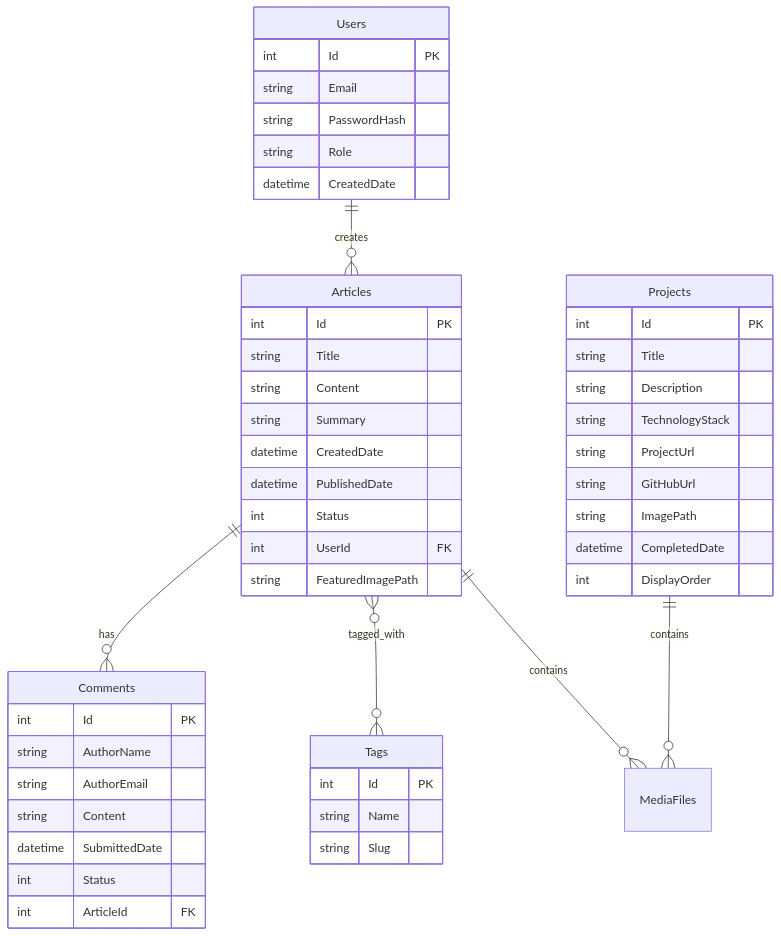
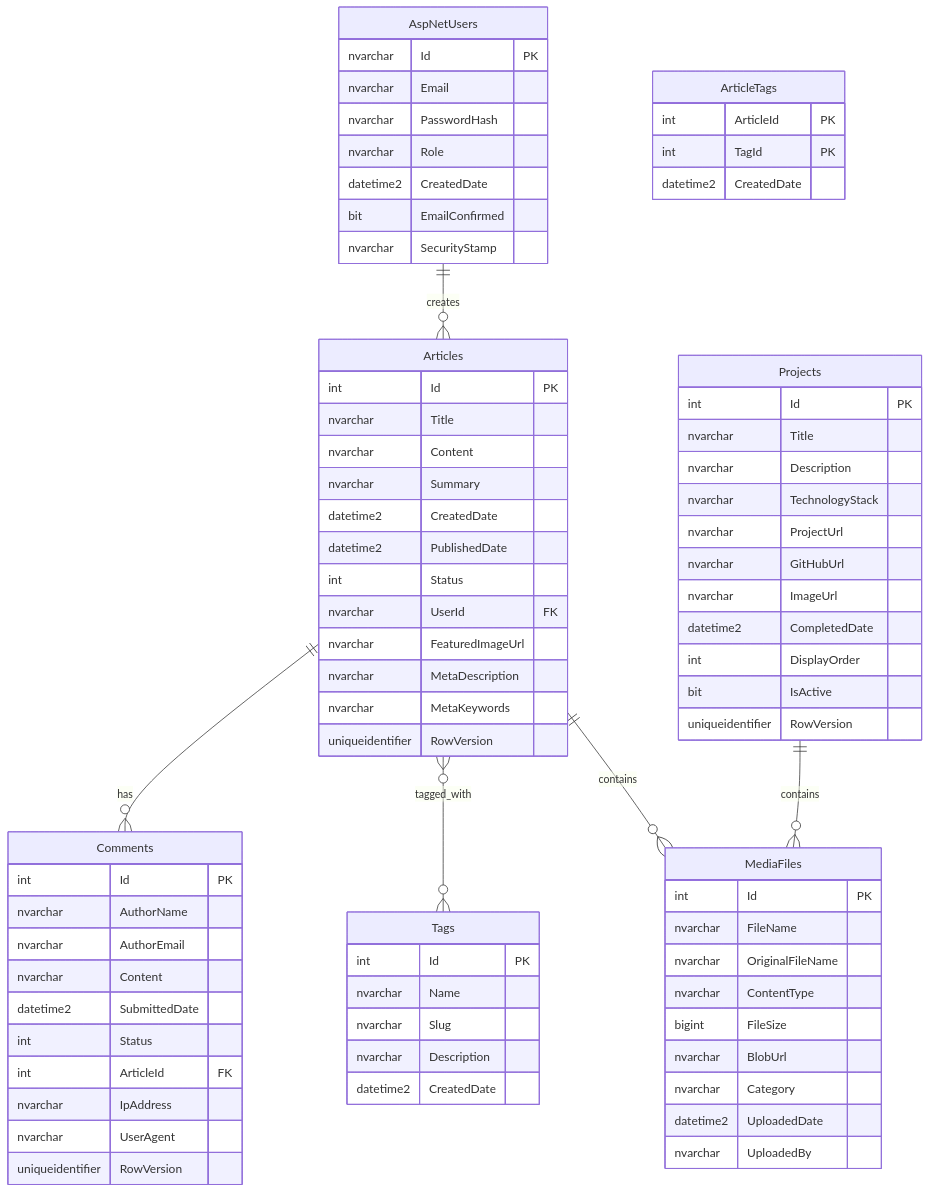
One commit to saidworks/szportfolio changed the second of 2 diagrams in .kiro/specs/personal-portfolio-cms/design.md. Above: the diagram before and after it, drawn with Mermaid. The commit also changed other lines of this file and 167 other files, not shown here.

First line of the commit message:
refactor(project-structure): Restructure project with modular architecture

````diff
--- a/.kiro/specs/personal-portfolio-cms/design.md
+++ b/.kiro/specs/personal-portfolio-cms/design.md
@@ -170,56 +369,86 @@
 ```mermaid
 erDiagram
-    Users ||--o{ Articles : creates
+    AspNetUsers ||--o{ Articles : creates
     Articles ||--o{ Comments : has
     Articles }o--o{ Tags : tagged_with
     Articles ||--o{ MediaFiles : contains
     Projects ||--o{ MediaFiles : contains
     
-    Users {
-        int Id PK
-        string Email
-        string PasswordHash
-        string Role
-        datetime CreatedDate
+    AspNetUsers {
+        nvarchar Id PK
+        nvarchar Email
+        nvarchar PasswordHash
+        nvarchar Role
+        datetime2 CreatedDate
+        bit EmailConfirmed
+        nvarchar SecurityStamp
     }
     
     Articles {
         int Id PK
-        string Title
-        string Content
-        string Summary
-        datetime CreatedDate
-        datetime PublishedDate
+        nvarchar Title
+        nvarchar Content
+        nvarchar Summary
+        datetime2 CreatedDate
+        datetime2 PublishedDate
         int Status
-        int UserId FK
-        string FeaturedImagePath
+        nvarchar UserId FK
+        nvarchar FeaturedImageUrl
+        nvarchar MetaDescription
+        nvarchar MetaKeywords
+        uniqueidentifier RowVersion
     }
     
     Comments {
         int Id PK
-        string AuthorName
-        string AuthorEmail
-        string Content
-        datetime SubmittedDate
+        nvarchar AuthorName
+        nvarchar AuthorEmail
+        nvarchar Content
+        datetime2 SubmittedDate
         int Status
         int ArticleId FK
+        nvarchar IpAddress
+        nvarchar UserAgent
+        uniqueidentifier RowVersion
     }
     
     Tags {
         int Id PK
-        string Name
-        string Slug
+        nvarchar Name
+        nvarchar Slug
+        nvarchar Description
+        datetime2 CreatedDate
     }
     
     Projects {
         int Id PK
-        string Title
-        string Description
-        string TechnologyStack
-        string ProjectUrl
-        string GitHubUrl
-        string ImagePath
-        datetime CompletedDate
+        nvarchar Title
+        nvarchar Description
+        nvarchar TechnologyStack
+        nvarchar ProjectUrl
+        nvarchar GitHubUrl
+        nvarchar ImageUrl
+        datetime2 CompletedDate
         int DisplayOrder
+        bit IsActive
+        uniqueidentifier RowVersion
+    }
+    
+    MediaFiles {
+        int Id PK
+        nvarchar FileName
+        nvarchar OriginalFileName
+        nvarchar ContentType
+        bigint FileSize
+        nvarchar BlobUrl
+        nvarchar Category
+        datetime2 UploadedDate
+        nvarchar UploadedBy
+    }
+    
+    ArticleTags {
+        int ArticleId PK
+        int TagId PK
+        datetime2 CreatedDate
     }
 ```
````
